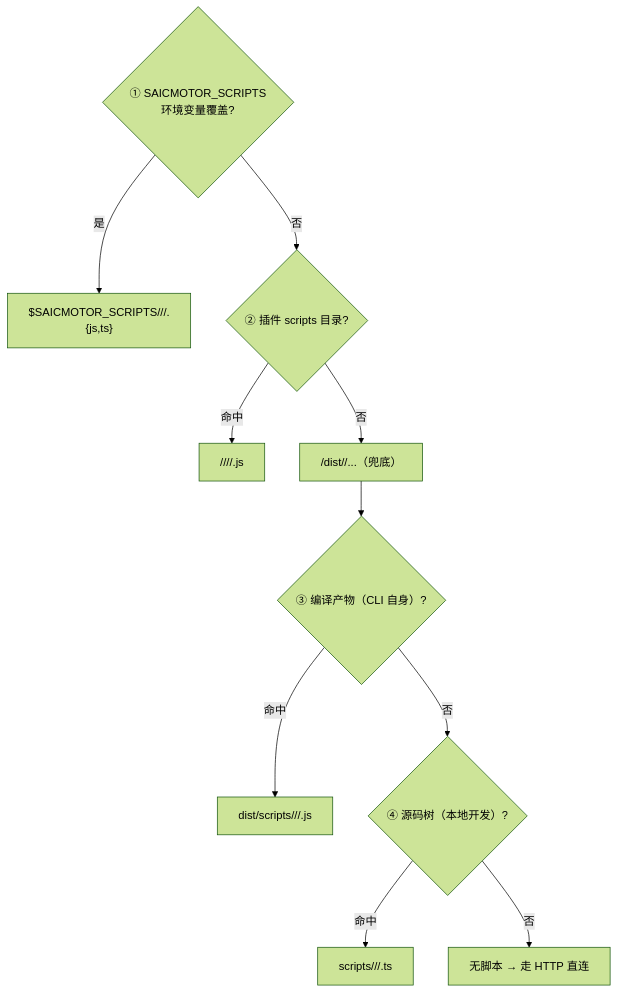
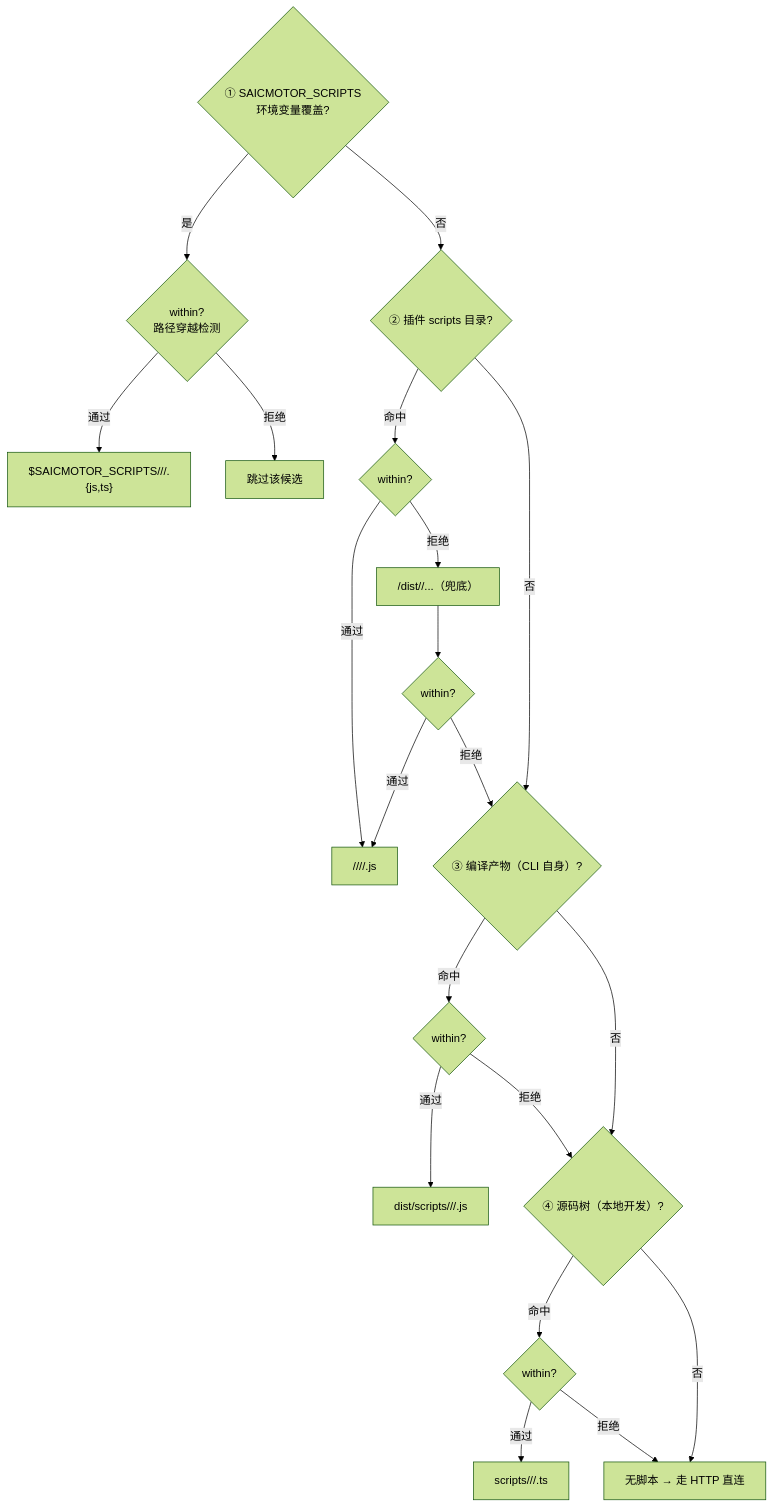
One commit to a5535772/saicmotor-cli changed the third of 3 diagrams in howto/framework-v2/06-engine-pipeline.md. Above: the diagram before and after it, drawn with Mermaid (forest theme). The commit also changed other lines of this file and 2 other files, not shown here.

Commit message:
docs: framework-v2 插件/引擎文档对齐 loadPlugins/within/isSaicmotorError

````diff
--- a/howto/framework-v2/06-engine-pipeline.md
+++ b/howto/framework-v2/06-engine-pipeline.md
@@ -95,12 +95,22 @@
 ```mermaid
 flowchart TD
-    F1{"① SAICMOTOR_SCRIPTS<br/>环境变量覆盖?"} -->|"是"| F1R["$SAICMOTOR_SCRIPTS/<svc>/<res>/<method>.{js,ts}"]
+    F1{"① SAICMOTOR_SCRIPTS<br/>环境变量覆盖?"} -->|"是"| W1{"within?<br/>路径穿越检测"}
+    W1 -->|"通过"| F1R["$SAICMOTOR_SCRIPTS/<svc>/<res>/<method>.{js,ts}"]
+    W1 -->|"拒绝"| NORESULT1["跳过该候选"]
     F1 -->|"否"| F2{"② 插件 scripts 目录?"}
-    F2 -->|"命中"| F2R["<plugin-root>/<manifest.scripts>/<svc>/<res>/<method>.js"]
-    F2 -->|"否"| F2ALT["<plugin-root>/dist/<manifest.scripts>/...（兜底）"]
-    F2ALT --> F3{"③ 编译产物（CLI 自身）?"}
-    F3 -->|"命中"| F3R["dist/scripts/<svc>/<res>/<method>.js"]
-    F3 -->|"否"| F4{"④ 源码树（本地开发）?"}
-    F4 -->|"命中"| F4R["scripts/<svc>/<res>/<method>.ts"]
-    F4 -->|"否"| NORESULT["无脚本 → 走 HTTP 直连"]
+    F2 -->|"命中"| W2{"within?"}
+    W2 -->|"通过"| F2R["<plugin-root>/<manifest.scripts>/<svc>/<res>/<method>.js"]
+    W2 -->|"拒绝"| F2ALT["<plugin-root>/dist/<manifest.scripts>/...（兜底）"]
+    F2ALT --> W2B{"within?"}
+    W2B -->|"通过"| F2R
+    W2B -->|"拒绝"| F3{"③ 编译产物（CLI 自身）?"}
+    F2 -->|"否"| F3
+    F3 -->|"命中"| W3{"within?"}
+    W3 -->|"通过"| F3R["dist/scripts/<svc>/<res>/<method>.js"]
+    W3 -->|"拒绝"| F4{"④ 源码树（本地开发）?"}
+    F3 -->|"否"| F4
+    F4 -->|"命中"| W4{"within?"}
+    W4 -->|"通过"| F4R["scripts/<svc>/<res>/<method>.ts"]
+    W4 -->|"拒绝"| NORESULT["无脚本 → 走 HTTP 直连"]
+    F4 -->|"否"| NORESULT
 ```
````
